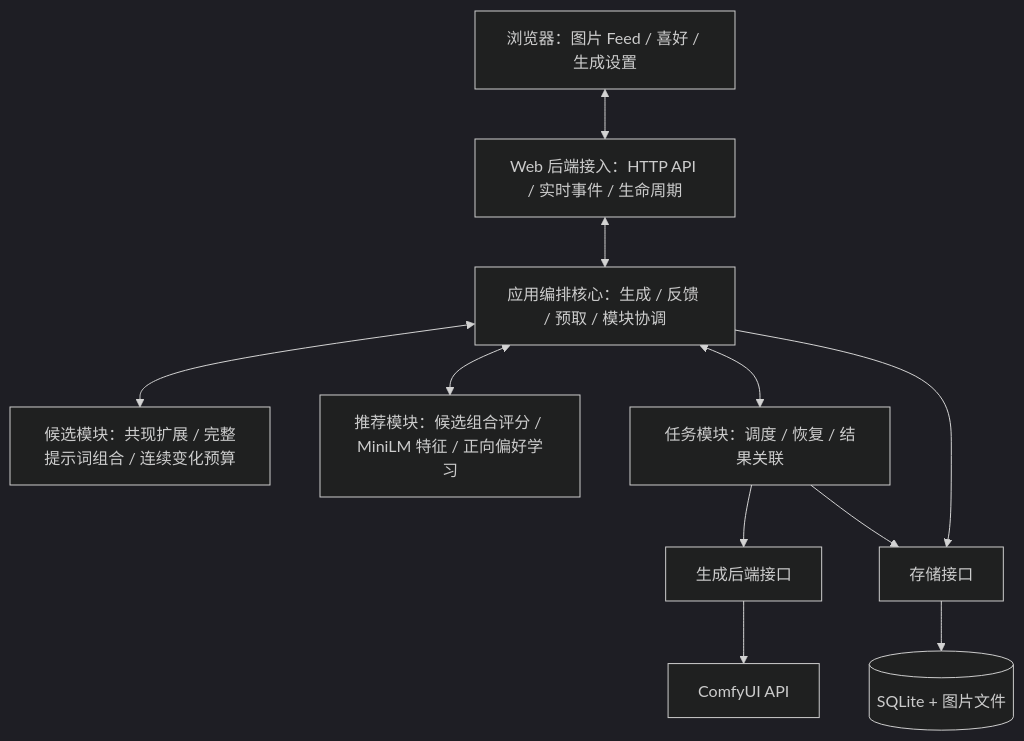
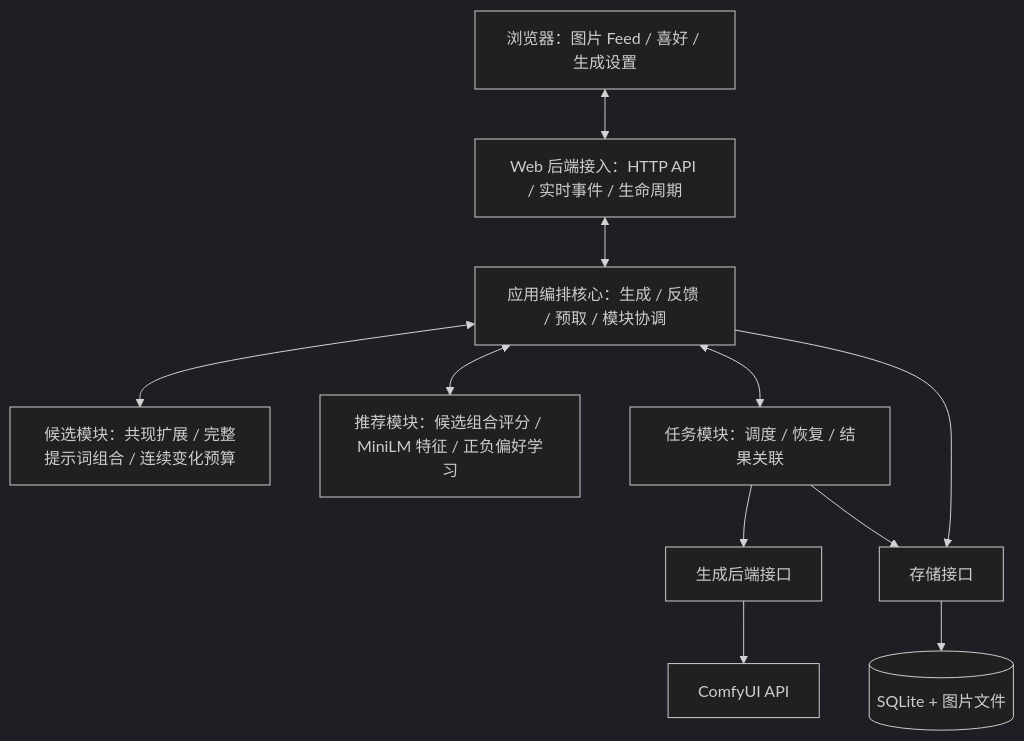
One commit to Lykr/pictide changed the first of 4 diagrams in docs/architecture.md. Above: the diagram before and after it, drawn with Mermaid (dark theme). The commit also changed other lines of this file and 12 other files, not shown here.

````diff
--- a/docs/architecture.md
+++ b/docs/architecture.md
@@ -9,24 +9,24 @@
 ```mermaid
 flowchart TD
     UI["浏览器：图片 Feed / 喜好 / 生成设置"]
     Host["Web 后端接入：HTTP API / 实时事件 / 生命周期"]
     App["应用编排核心：生成 / 反馈 / 预取 / 模块协调"]
     Rules["候选模块：共现扩展 / 完整提示词组合 / 连续变化预算"]
-    Rec["推荐模块：候选组合评分 / MiniLM 特征 / 正向偏好学习"]
+    Rec["推荐模块：候选组合评分 / MiniLM 特征 / 正负偏好学习"]
     Jobs["任务模块：调度 / 恢复 / 结果关联"]
     Backend["生成后端接口"]
     Comfy["ComfyUI API"]
     Store["存储接口"]
     DB[("SQLite + 图片文件")]
 
     UI <--> Host
     Host <--> App
     App <--> Rules
     App <--> Rec
     App <--> Jobs
     Jobs --> Backend
     Backend --> Comfy
     App --> Store
     Jobs --> Store
     Store --> DB
 ```
````
